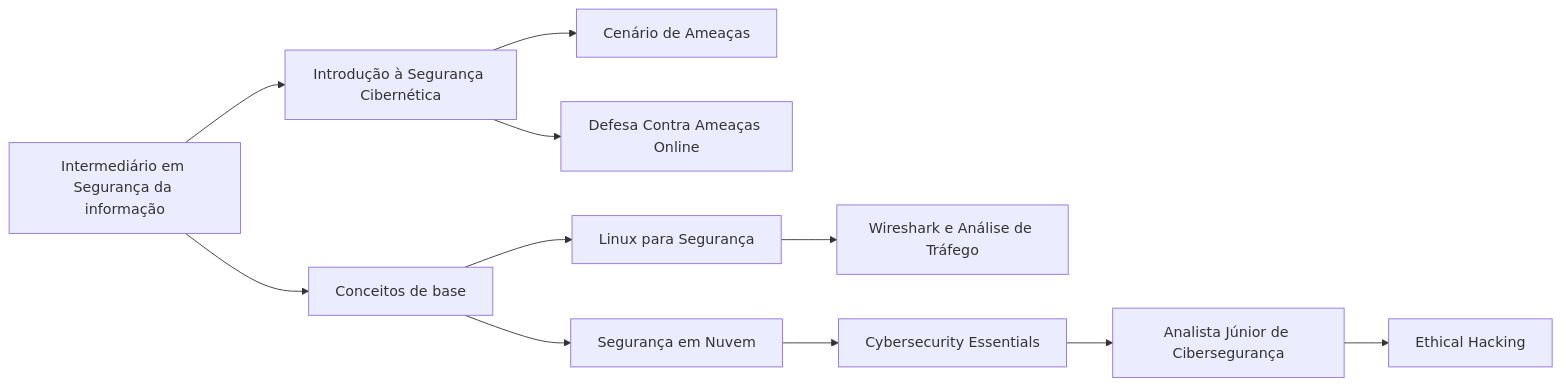
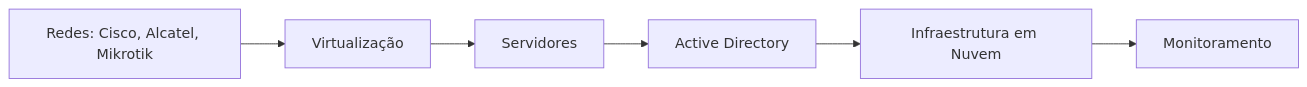
The second of 3 diagrams in README.md (socialhiveconnect/Infraestrutura), drawn with Mermaid before and after one commit. The commit also changed other lines of this file, not shown here.

````diff
--- a/README.md
+++ b/README.md
@@ -85,15 +82,10 @@
 ```mermaid
     graph LR;
-      A[Intermediário em Segurança da informação]-->B[Introdução à Segurança Cibernética];
-      A-->C[Conceitos de base];
-      B-->D[Cenário de Ameaças];
-      B-->E[Defesa Contra Ameaças Online];
-      C-->F[Segurança em Nuvem];
-      C-->G[Linux para Segurança];
-      G-->H[Wireshark e Análise de Tráfego];
-      F-->I[Cybersecurity Essentials];
-      I-->J[Analista Júnior de Cibersegurança];
-      J-->K[Ethical Hacking];
+    A[Redes: Cisco, Alcatel, Mikrotik] --> B[Virtualização]
+    B --> C[Servidores]
+    C --> D[Active Directory]
+    D --> E[Infraestrutura em Nuvem]
+    E --> N[Monitoramento]
 
-      click A "https://github.com/socialhiveconnect/Seg.Info/tree/main/intermediario" "Veja o repositório Intermediário"
+      click A "https://github.com/socialhiveconnect/Infraestrutura/tree/main/intermediario" "Veja o repositório Intermediário"
 ```
````
